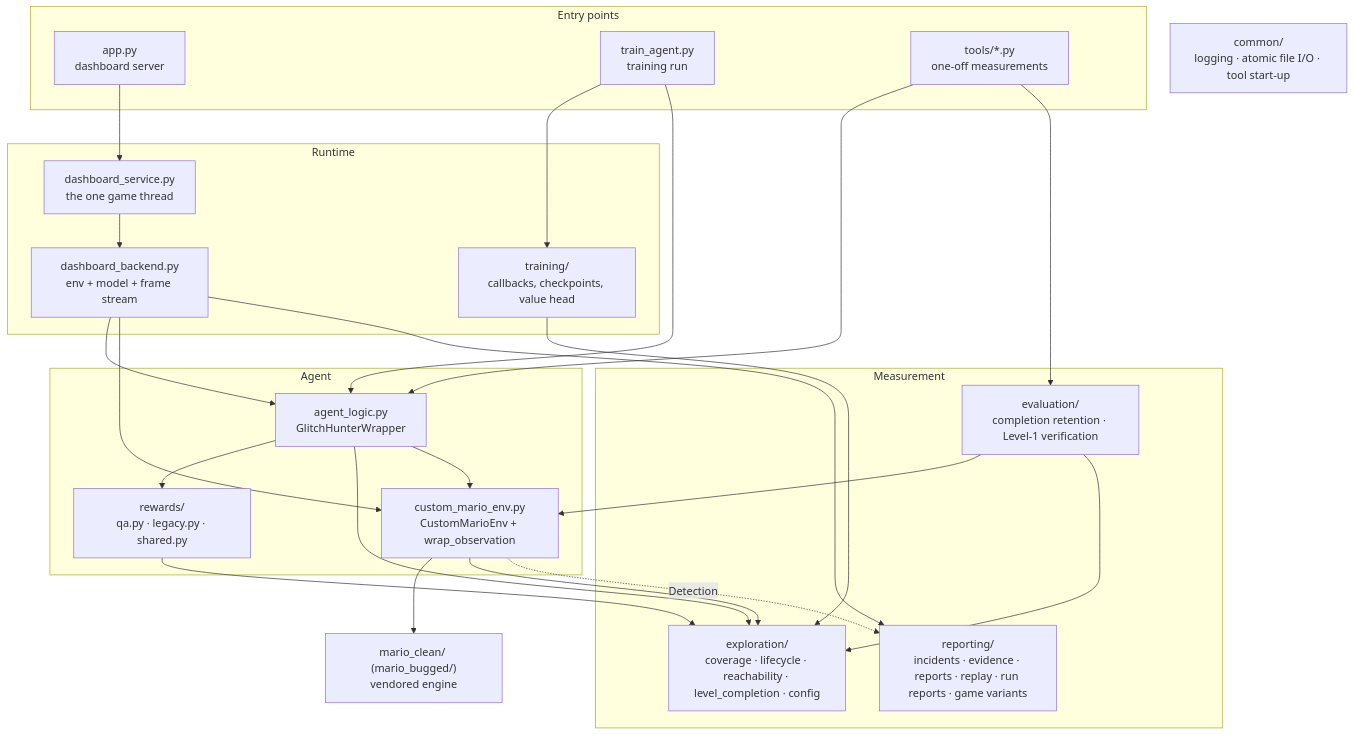
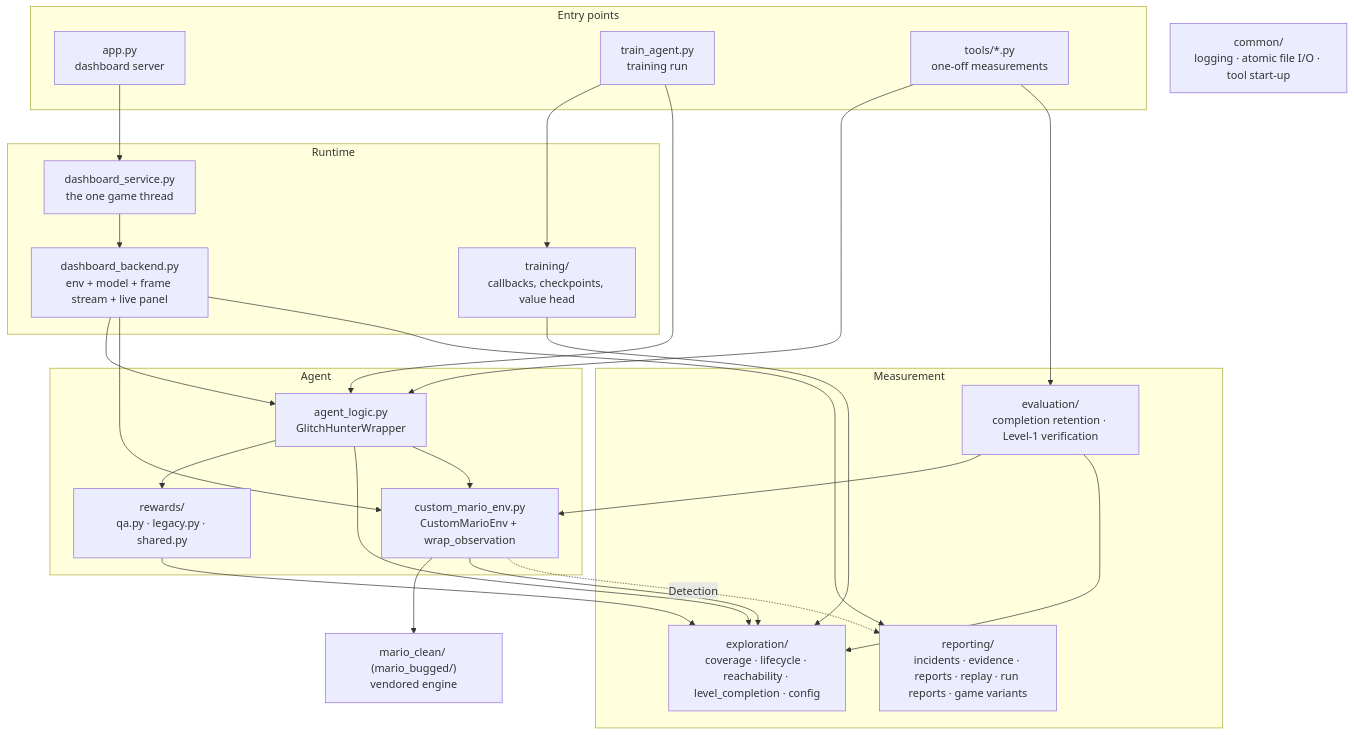
One commit to TanmaySingh2711/glitch_hunter_project changed the diagram in docs/ARCHITECTURE.md. Above: the diagram before and after it, drawn with Mermaid. The commit also changed other lines of this file and 20 other files, not shown here.

````diff
--- a/docs/ARCHITECTURE.md
+++ b/docs/ARCHITECTURE.md
@@ -11,42 +11,42 @@
 ```mermaid
 flowchart TD
     subgraph entry["Entry points"]
         APP["app.py<br/>dashboard server"]
         TRAIN["train_agent.py<br/>training run"]
         TOOLS["tools/*.py<br/>one-off measurements"]
     end
     subgraph runtime["Runtime"]
         SVC["dashboard_service.py<br/>the one game thread"]
-        BACK["dashboard_backend.py<br/>env + model + frame stream"]
+        BACK["dashboard_backend.py<br/>env + model + frame stream + live panel"]
         TRN["training/<br/>callbacks, checkpoints, value head"]
     end
     subgraph agent["Agent"]
         WRAP["agent_logic.py<br/>GlitchHunterWrapper"]
         REW["rewards/<br/>qa.py · legacy.py · shared.py"]
         ENV["custom_mario_env.py<br/>CustomMarioEnv + wrap_observation"]
     end
     subgraph measure["Measurement"]
         EXP["exploration/<br/>coverage · lifecycle · reachability · level_completion · config"]
         EVAL["evaluation/<br/>completion retention · Level-1 verification"]
         REPT["reporting/<br/>incidents · evidence · reports · replay · run reports · game variants"]
     end
     GAME["mario_clean/ (mario_bugged/)<br/>vendored engine"]
     COMMON["common/<br/>logging · atomic file I/O · tool start-up"]
 
     APP --> SVC --> BACK --> WRAP
     TRAIN --> TRN
     TRAIN --> WRAP
     TOOLS --> WRAP
     TOOLS --> EVAL
     WRAP --> REW
     WRAP --> EXP
     REW --> EXP
     WRAP --> ENV --> GAME
     ENV --> EXP
     BACK --> ENV
     BACK --> REPT
     ENV -. Detection .-> REPT
     EVAL --> ENV
     EVAL --> EXP
     TRN --> EXP
 ```
````
